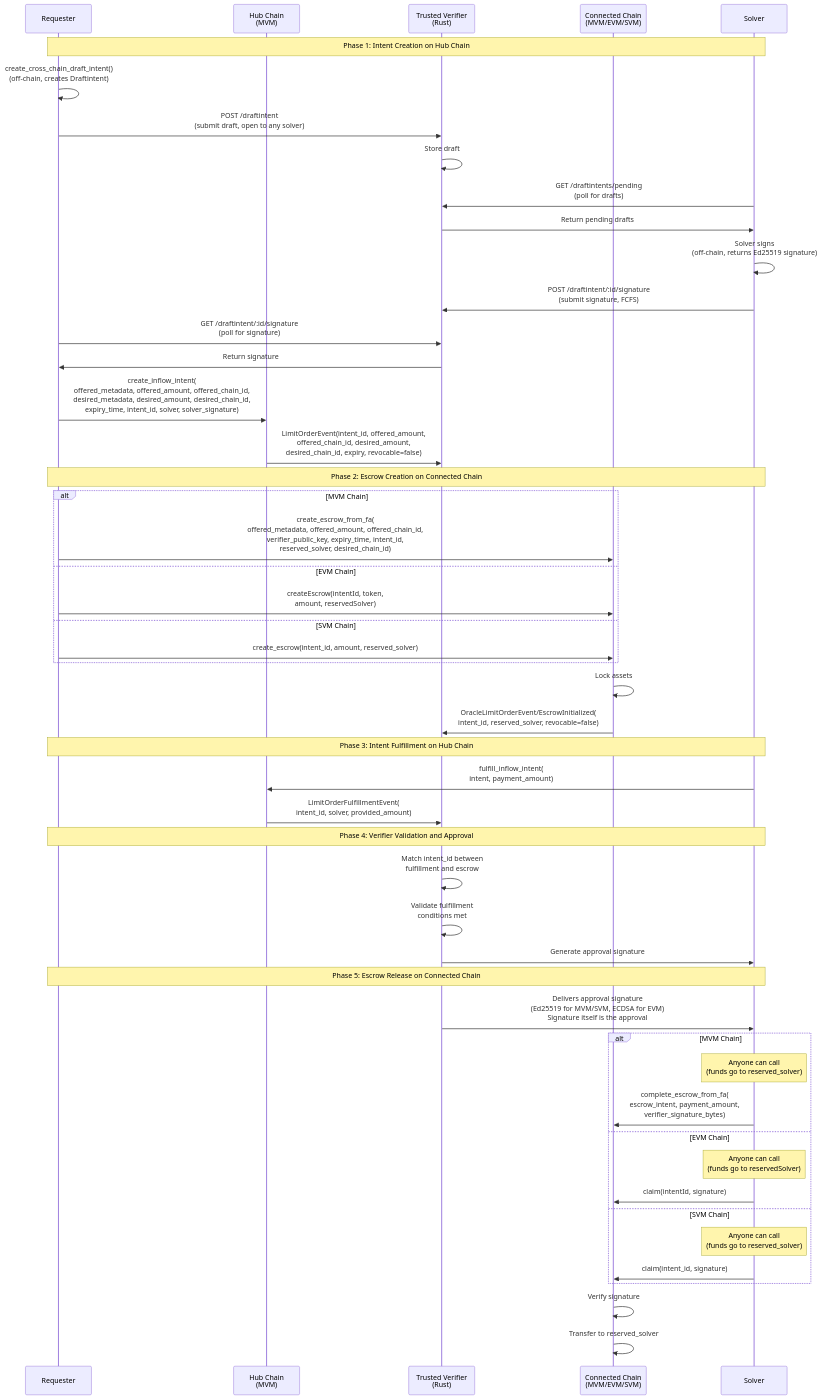
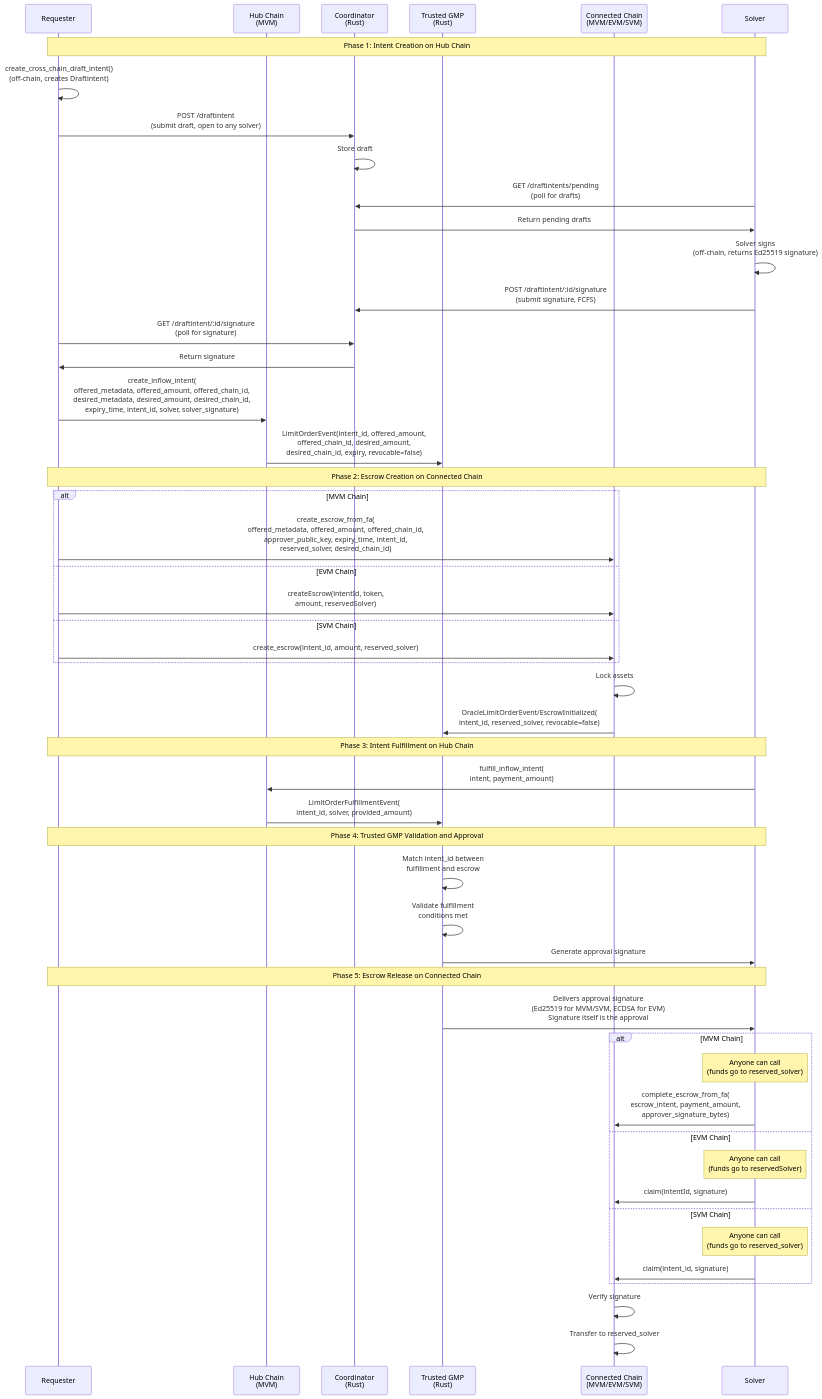
Before and after one commit to apenzk/int3nts: the first of 4 diagrams in docs/protocol.md, drawn with Mermaid. The commit also changed other lines of this file and 361 other files, not shown here.

First line of the commit message:
refact: Split verifier into coordinator and trusted-gmp (#8)

````diff
--- a/docs/protocol.md
+++ b/docs/protocol.md
@@ -28,56 +29,57 @@
 ```mermaid
 sequenceDiagram
     participant Requester
     participant Hub as Hub Chain<br/>(MVM)
-    participant Verifier as Trusted Verifier<br/>(Rust)
+    participant Coordinator as Coordinator<br/>(Rust)
+    participant TrustedGMP as Trusted GMP<br/>(Rust)
     participant Connected as Connected Chain<br/>(MVM/EVM/SVM)
     participant Solver
 
     Note over Requester,Solver: Phase 1: Intent Creation on Hub Chain
     Requester->>Requester: create_cross_chain_draft_intent()<br/>(off-chain, creates Draftintent)
-    Requester->>Verifier: POST /draftintent<br/>(submit draft, open to any solver)
-    Verifier->>Verifier: Store draft
-    Solver->>Verifier: GET /draftintents/pending<br/>(poll for drafts)
-    Verifier->>Solver: Return pending drafts
+    Requester->>Coordinator: POST /draftintent<br/>(submit draft, open to any solver)
+    Coordinator->>Coordinator: Store draft
+    Solver->>Coordinator: GET /draftintents/pending<br/>(poll for drafts)
+    Coordinator->>Solver: Return pending drafts
     Solver->>Solver: Solver signs<br/>(off-chain, returns Ed25519 signature)
-    Solver->>Verifier: POST /draftintent/:id/signature<br/>(submit signature, FCFS)
-    Requester->>Verifier: GET /draftintent/:id/signature<br/>(poll for signature)
-    Verifier->>Requester: Return signature
+    Solver->>Coordinator: POST /draftintent/:id/signature<br/>(submit signature, FCFS)
+    Requester->>Coordinator: GET /draftintent/:id/signature<br/>(poll for signature)
+    Coordinator->>Requester: Return signature
     Requester->>Hub: create_inflow_intent(<br/>offered_metadata, offered_amount, offered_chain_id,<br/>desired_metadata, desired_amount, desired_chain_id,<br/>expiry_time, intent_id, solver, solver_signature)
-    Hub->>Verifier: LimitOrderEvent(intent_id, offered_amount,<br/>offered_chain_id, desired_amount,<br/>desired_chain_id, expiry, revocable=false)
+    Hub->>TrustedGMP: LimitOrderEvent(intent_id, offered_amount,<br/>offered_chain_id, desired_amount,<br/>desired_chain_id, expiry, revocable=false)
 
     Note over Requester,Solver: Phase 2: Escrow Creation on Connected Chain
     alt MVM Chain
-        Requester->>Connected: create_escrow_from_fa(<br/>offered_metadata, offered_amount, offered_chain_id,<br/>verifier_public_key, expiry_time, intent_id,<br/>reserved_solver, desired_chain_id)
+        Requester->>Connected: create_escrow_from_fa(<br/>offered_metadata, offered_amount, offered_chain_id,<br/>approver_public_key, expiry_time, intent_id,<br/>reserved_solver, desired_chain_id)
     else EVM Chain
         Requester->>Connected: createEscrow(intentId, token,<br/>amount, reservedSolver)
     else SVM Chain
         Requester->>Connected: create_escrow(intent_id, amount, reserved_solver)
     end
     Connected->>Connected: Lock assets
-    Connected->>Verifier: OracleLimitOrderEvent/EscrowInitialized(<br/>intent_id, reserved_solver, revocable=false)
+    Connected->>TrustedGMP: OracleLimitOrderEvent/EscrowInitialized(<br/>intent_id, reserved_solver, revocable=false)
 
     Note over Requester,Solver: Phase 3: Intent Fulfillment on Hub Chain
     Solver->>Hub: fulfill_inflow_intent(<br/>intent, payment_amount)
-    Hub->>Verifier: LimitOrderFulfillmentEvent(<br/>intent_id, solver, provided_amount)
+    Hub->>TrustedGMP: LimitOrderFulfillmentEvent(<br/>intent_id, solver, provided_amount)
 
-    Note over Requester,Solver: Phase 4: Verifier Validation and Approval
-    Verifier->>Verifier: Match intent_id between<br/>fulfillment and escrow
-    Verifier->>Verifier: Validate fulfillment<br/>conditions met
-    Verifier->>Solver: Generate approval signature
+    Note over Requester,Solver: Phase 4: Trusted GMP Validation and Approval
+    TrustedGMP->>TrustedGMP: Match intent_id between<br/>fulfillment and escrow
+    TrustedGMP->>TrustedGMP: Validate fulfillment<br/>conditions met
+    TrustedGMP->>Solver: Generate approval signature
 
     Note over Requester,Solver: Phase 5: Escrow Release on Connected Chain
-    Verifier->>Solver: Delivers approval signature<br/>(Ed25519 for MVM/SVM, ECDSA for EVM)<br/>Signature itself is the approval
+    TrustedGMP->>Solver: Delivers approval signature<br/>(Ed25519 for MVM/SVM, ECDSA for EVM)<br/>Signature itself is the approval
     alt MVM Chain
         Note over Solver: Anyone can call<br/>(funds go to reserved_solver)
-        Solver->>Connected: complete_escrow_from_fa(<br/>escrow_intent, payment_amount,<br/>verifier_signature_bytes)
+        Solver->>Connected: complete_escrow_from_fa(<br/>escrow_intent, payment_amount,<br/>approver_signature_bytes)
     else EVM Chain
         Note over Solver: Anyone can call<br/>(funds go to reservedSolver)
         Solver->>Connected: claim(intentId, signature)
     else SVM Chain
         Note over Solver: Anyone can call<br/>(funds go to reserved_solver)
         Solver->>Connected: claim(intent_id, signature)
     end
     Connected->>Connected: Verify signature
     Connected->>Connected: Transfer to reserved_solver
 ```
````
